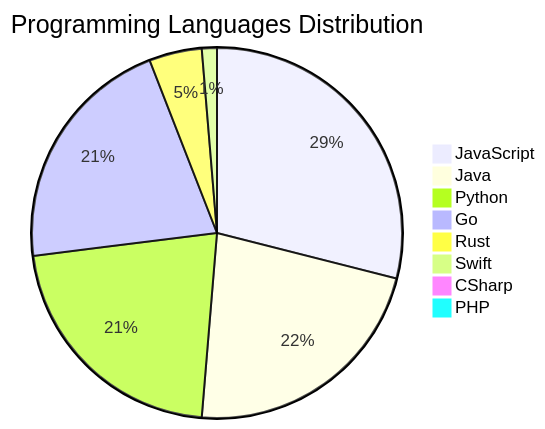
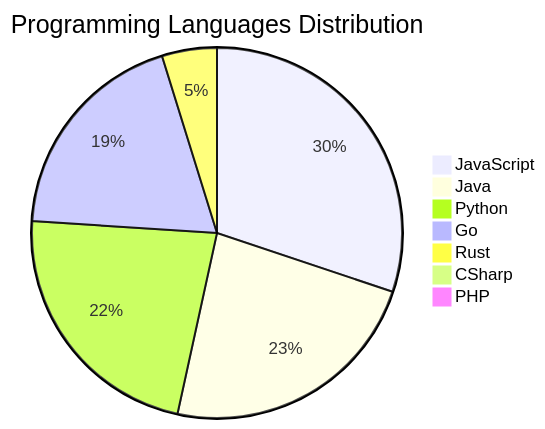
Before and after one commit to Derrick-MUGISHA/github-activity-bot: the diagram in README.md, drawn with Mermaid. The commit also changed other lines of this file and 4 other files, not shown here.

````diff
--- a/README.md
+++ b/README.md
@@ -208,11 +206,10 @@
 ```mermaid
 pie title Programming Languages Distribution
     "JavaScript" : 44
     "Java" : 34
     "Python" : 33
-    "Go" : 32
+    "Go" : 28
     "Rust" : 7
-    "Swift" : 2
     "CSharp" : 1
     "PHP" : 1
 ```
````
